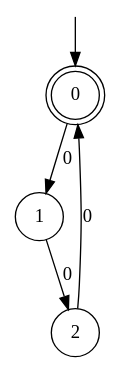
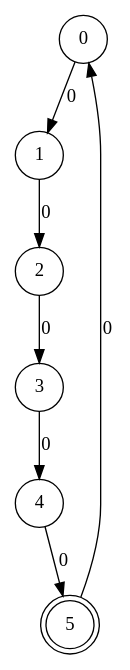
One commit to rasofema/learnlib changed the diagram in algorithms/active/ilstar/classic.dot. Above: the diagram before and after it, drawn with Graphviz. The commit also changed 12 other files, not shown here.

```diff
--- a/algorithms/active/ilstar/classic.dot
+++ b/algorithms/active/ilstar/classic.dot
@@ -1,13 +1,16 @@
 digraph g {
 
-	s0 [shape="doublecircle" label="0"];
+	s0 [shape="circle" label="0"];
 	s1 [shape="circle" label="1"];
 	s2 [shape="circle" label="2"];
+	s3 [shape="circle" label="3"];
+	s4 [shape="circle" label="4"];
+	s5 [shape="doublecircle" label="5"];
 	s0 -> s1 [label="0"];
 	s1 -> s2 [label="0"];
-	s2 -> s0 [label="0"];
-
-__start0 [label="" shape="none" width="0" height="0"];
-__start0 -> s0;
+	s2 -> s3 [label="0"];
+	s3 -> s4 [label="0"];
+	s4 -> s5 [label="0"];
+	s5 -> s0 [label="0"];
 
 }
```
